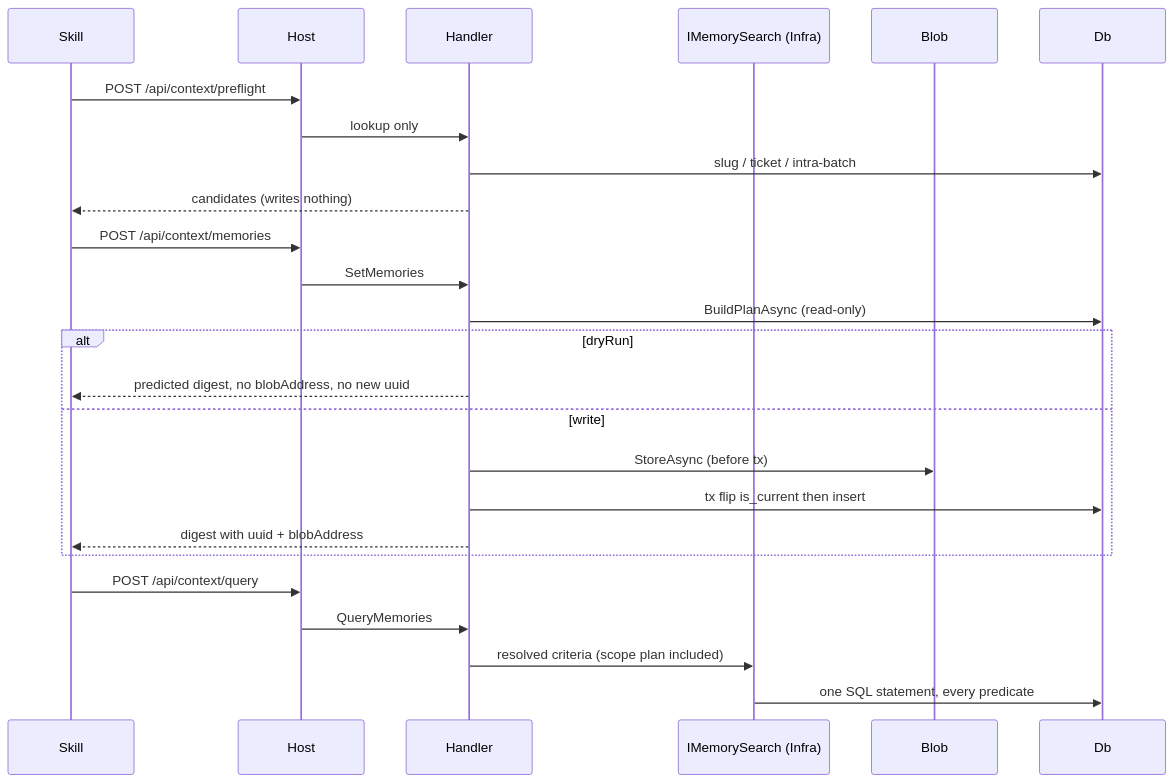
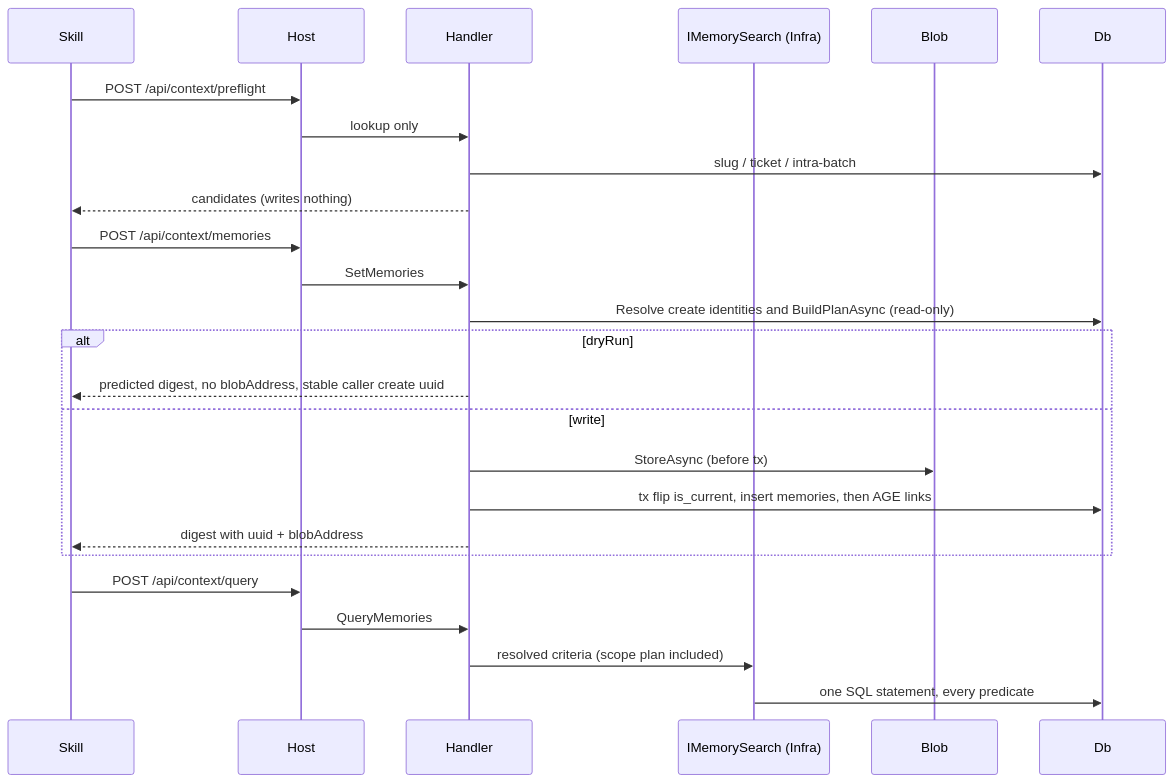
The diagram in src/SmoothAiProductContextMemory.Application/Features/FEATURES_AGENTS.md (generic-automation-and-it/smooth-ai-product-context-memory), drawn with Mermaid before and after one commit. The commit also changed other lines of this file and 71 other files, not shown here.

````diff
--- a/src/SmoothAiProductContextMemory.Application/Features/FEATURES_AGENTS.md
+++ b/src/SmoothAiProductContextMemory.Application/Features/FEATURES_AGENTS.md
@@ -54,28 +54,28 @@
 ```mermaid
 sequenceDiagram
     participant Skill
     participant Host
     participant Handler
     participant Search as IMemorySearch (Infra)
     participant Blob
     participant Db
 
     Skill->>Host: POST /api/context/preflight
     Host->>Handler: lookup only
     Handler->>Db: slug / ticket / intra-batch
     Handler-->>Skill: candidates (writes nothing)
     Skill->>Host: POST /api/context/memories
     Host->>Handler: SetMemories
-    Handler->>Db: BuildPlanAsync (read-only)
+    Handler->>Db: Resolve create identities and BuildPlanAsync (read-only)
     alt dryRun
-        Handler-->>Skill: predicted digest, no blobAddress, no new uuid
+        Handler-->>Skill: predicted digest, no blobAddress, stable caller create uuid
     else write
         Handler->>Blob: StoreAsync (before tx)
-        Handler->>Db: tx flip is_current then insert
+        Handler->>Db: tx flip is_current, insert memories, then AGE links
         Handler-->>Skill: digest with uuid + blobAddress
     end
     Skill->>Host: POST /api/context/query
     Host->>Handler: QueryMemories
     Handler->>Search: resolved criteria (scope plan included)
     Search->>Db: one SQL statement, every predicate
 ```
````
